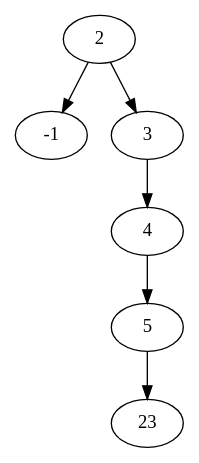
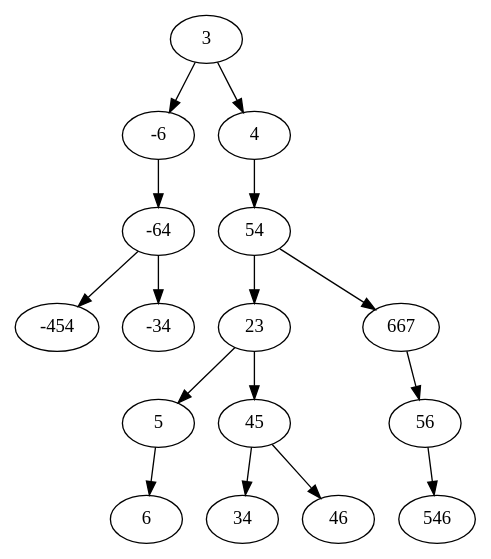
One commit to Lesa-yps/TISD changed the diagram in lab_06_01/visual.gv. Above: the diagram before and after it, drawn with Graphviz. The commit also changed 33 other files, not shown here.

```diff
--- a/lab_06_01/visual.gv
+++ b/lab_06_01/visual.gv
@@ -1,7 +1,17 @@
 digraph visual_tree {
-2 -> -1;
-2 -> 3;
+3 -> -6;
 3 -> 4;
-4 -> 5;
-5 -> 23;
+-6 -> -64;
+-64 -> -454;
+-64 -> -34;
+4 -> 54;
+54 -> 23;
+54 -> 667;
+23 -> 5;
+23 -> 45;
+5 -> 6;
+45 -> 34;
+45 -> 46;
+667 -> 56;
+56 -> 546;
 }
```
